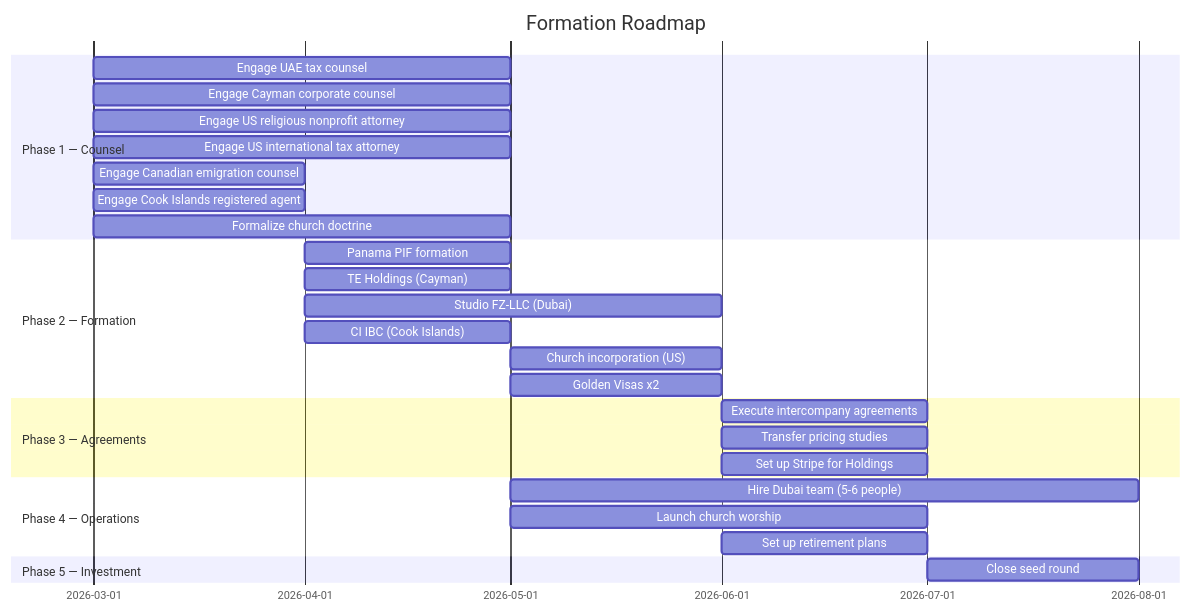
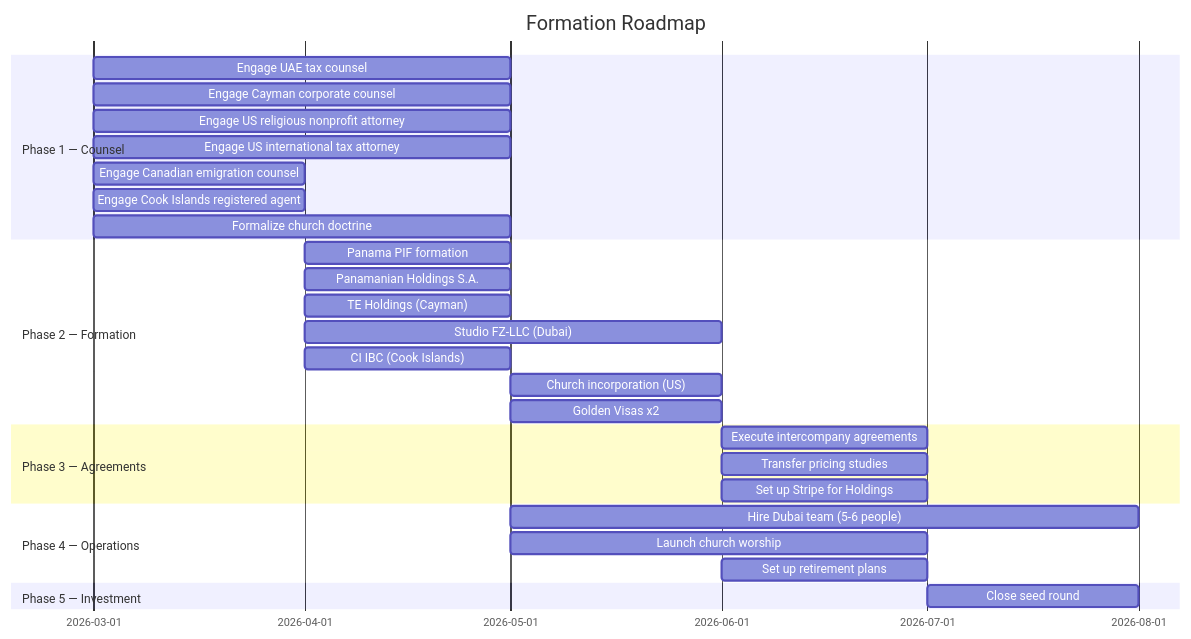
Before and after one commit to Light-Brands/epic-center: diagram 16 of 16 in docs/tax-structure/01-MASTER-STRUCTURE.md, drawn with Mermaid. The commit also changed other lines of this file and 9 other files, not shown here.

First line of the commit message:
Insert Panamanian Holdings S.A. between PIF and operating entities

````diff
--- a/docs/tax-structure/01-MASTER-STRUCTURE.md
+++ b/docs/tax-structure/01-MASTER-STRUCTURE.md
@@ -622,30 +658,31 @@
 ```mermaid
 gantt
     title Formation Roadmap
     dateFormat YYYY-MM
     section Phase 1 — Counsel
     Engage UAE tax counsel           :2026-03, 2M
     Engage Cayman corporate counsel  :2026-03, 2M
     Engage US religious nonprofit attorney :2026-03, 2M
     Engage US international tax attorney   :2026-03, 2M
     Engage Canadian emigration counsel     :2026-03, 1M
     Engage Cook Islands registered agent   :2026-03, 1M
     Formalize church doctrine              :2026-03, 2M
     section Phase 2 — Formation
     Panama PIF formation             :2026-04, 1M
+    Panamanian Holdings S.A.         :2026-04, 1M
     TE Holdings (Cayman)             :2026-04, 1M
     Studio FZ-LLC (Dubai)            :2026-04, 2M
     CI IBC (Cook Islands)            :2026-04, 1M
     Church incorporation (US)        :2026-05, 1M
     Golden Visas x2                  :2026-05, 1M
     section Phase 3 — Agreements
     Execute intercompany agreements  :2026-06, 1M
     Transfer pricing studies         :2026-06, 1M
     Set up Stripe for Holdings       :2026-06, 1M
     section Phase 4 — Operations
     Hire Dubai team (5-6 people)     :2026-05, 3M
     Launch church worship            :2026-05, 2M
     Set up retirement plans          :2026-06, 1M
     section Phase 5 — Investment
     Close seed round                 :2026-07, 1M
 ```
````
